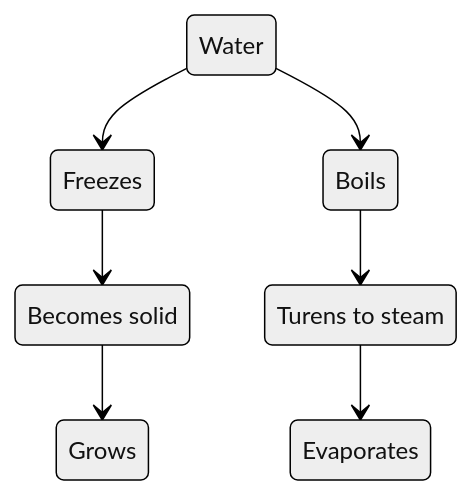
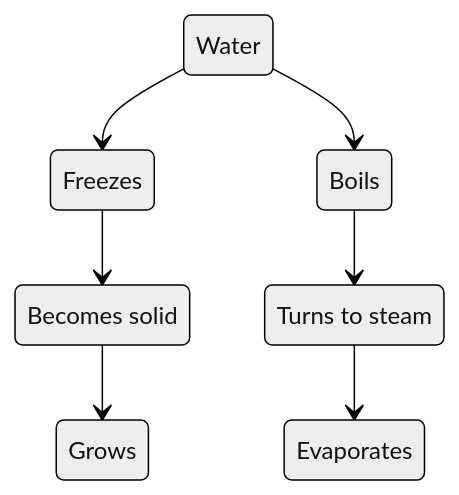
One commit to slaucks/slaucks.github.io changed the diagram in Diagram.md. Above: the diagram before and after it, drawn with Mermaid (neutral theme).

````diff
--- a/Diagram.md
+++ b/Diagram.md
@@ -1,14 +1,14 @@
 ```mermaid
 
 stateDiagram-v2
     s1 : Becomes solid
-    s2: Turens to steam
+    s2: Turns to steam
     
     Water --> Freezes
     Water --> Boils
 
     Freezes --> s1
     s1 --> Grows
     Boils --> s2
     s2 --> Evaporates 
 ```
````
